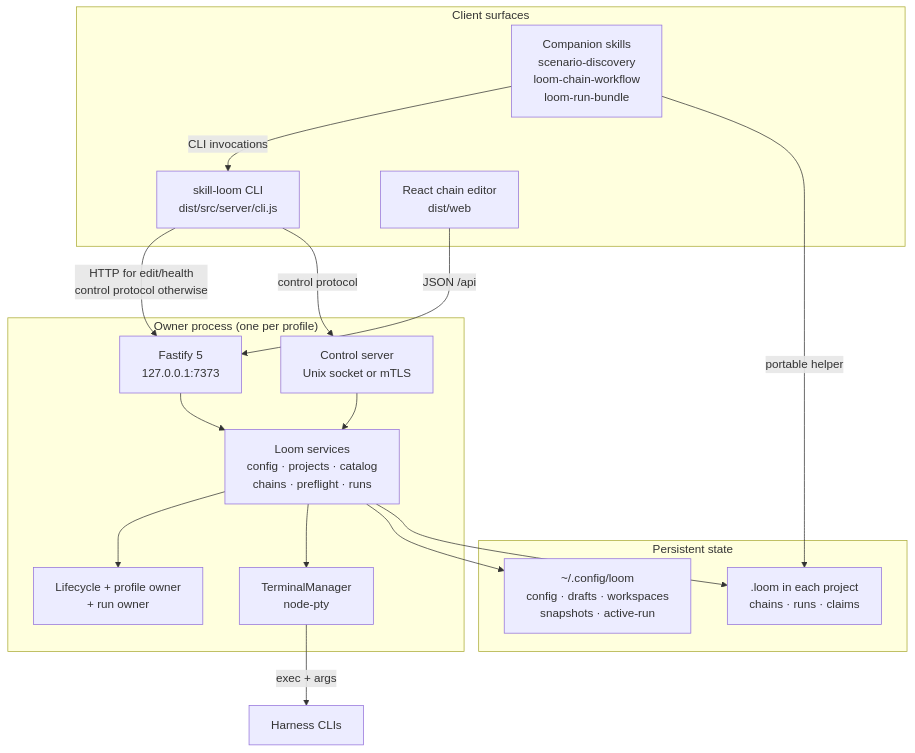
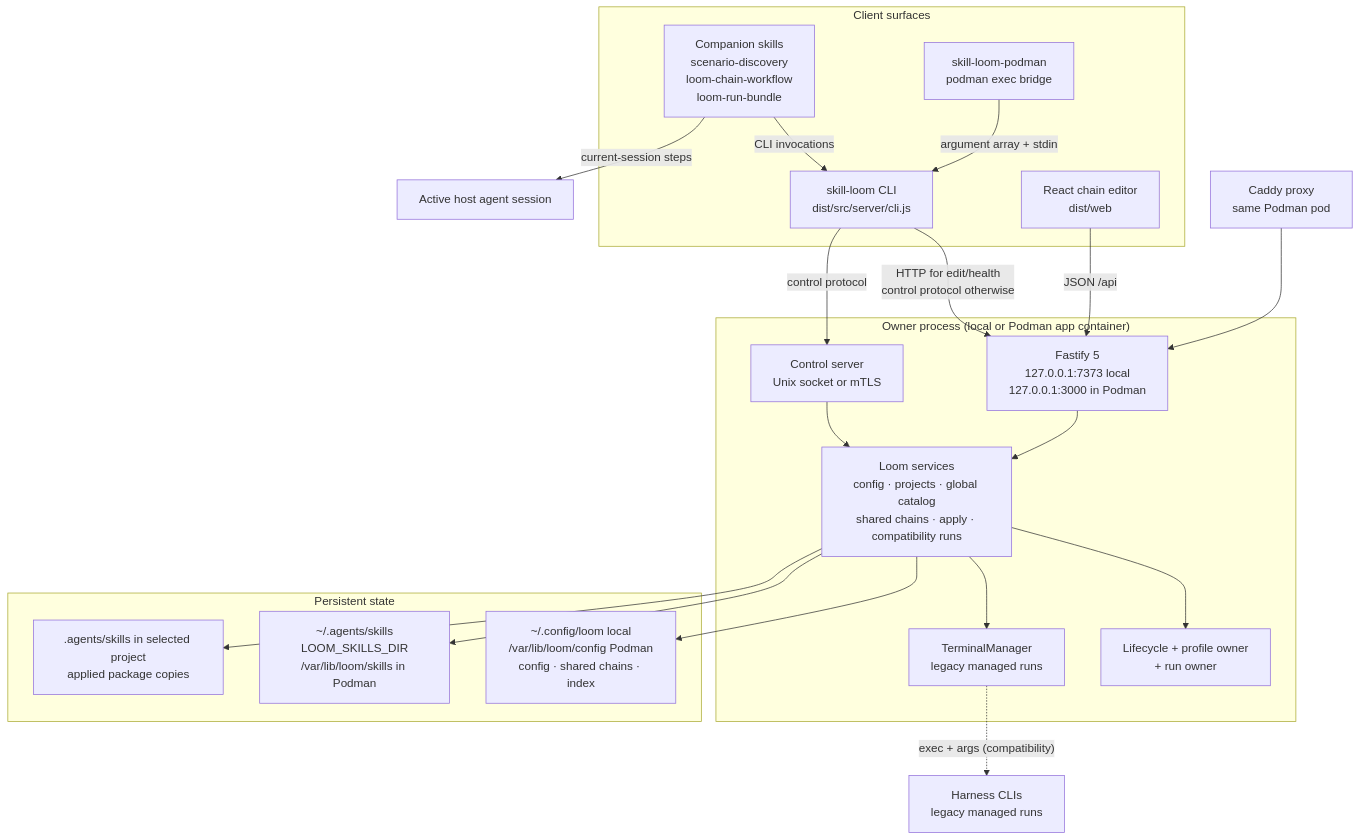
The second of 9 diagrams in Project_Architecture_Blueprint.md (McFuzzySquirrel/skill-loom), drawn with Mermaid before and after one commit. The commit also changed other lines of this file, not shown here.

Commit message:
docs: update architecture blueprint for skills pivot

````diff
--- a/Project_Architecture_Blueprint.md
+++ b/Project_Architecture_Blueprint.md
@@ -103,35 +108,44 @@
 ```mermaid
 flowchart TB
   subgraph Client["Client surfaces"]
     CLI["skill-loom CLI<br/>dist/src/server/cli.js"]
     Skill["Companion skills<br/>scenario-discovery<br/>loom-chain-workflow<br/>loom-run-bundle"]
+    PodmanCLI["skill-loom-podman<br/>podman exec bridge"]
     Web["React chain editor<br/>dist/web"]
   end
 
-  subgraph Owner["Owner process (one per profile)"]
-    Fastify["Fastify 5<br/>127.0.0.1:7373"]
+  subgraph Owner["Owner process (local or Podman app container)"]
+    Fastify["Fastify 5<br/>127.0.0.1:7373 local<br/>127.0.0.1:3000 in Podman"]
     Control["Control server<br/>Unix socket or mTLS"]
-    Services["Loom services<br/>config · projects · catalog<br/>chains · preflight · runs"]
+    Services["Loom services<br/>config · projects · global catalog<br/>shared chains · apply · compatibility runs"]
     Lifecycle["Lifecycle + profile owner<br/>+ run owner"]
-    PTY["TerminalManager<br/>node-pty"]
+    PTY["TerminalManager<br/>legacy managed runs"]
   end
 
   subgraph Disk["Persistent state"]
-    Config["~/.config/loom<br/>config · drafts · workspaces<br/>snapshots · active-run"]
-    Project[".loom in each project<br/>chains · runs · claims"]
+    Config["~/.config/loom local<br/>/var/lib/loom/config Podman<br/>config · shared chains · index"]
+    Global["~/.agents/skills<br/>LOOM_SKILLS_DIR<br/>/var/lib/loom/skills in Podman"]
+    Project[".agents/skills in selected project<br/>applied package copies"]
   end
+
+  Agent["Active host agent session"]
+  Harness["Harness CLIs<br/>legacy managed runs"]
+  Proxy["Caddy proxy<br/>same Podman pod"]
 
   CLI -->|"HTTP for edit/health<br/>control protocol otherwise"| Fastify
   CLI -->|"control protocol"| Control
+  PodmanCLI -->|"argument array + stdin"| CLI
   Web -->|"JSON /api"| Fastify
   Skill -->|"CLI invocations"| CLI
-  Skill -->|"portable helper"| Project
+  Skill -->|"current-session steps"| Agent
+  Proxy --> Fastify
 
   Fastify --> Services
   Control --> Services
   Services --> Lifecycle
   Services --> PTY
   Services --> Config
+  Services --> Global
   Services --> Project
-  PTY -->|"exec + args"| Harness["Harness CLIs"]
+  PTY -.->|"exec + args (compatibility)"| Harness
 ```
````
